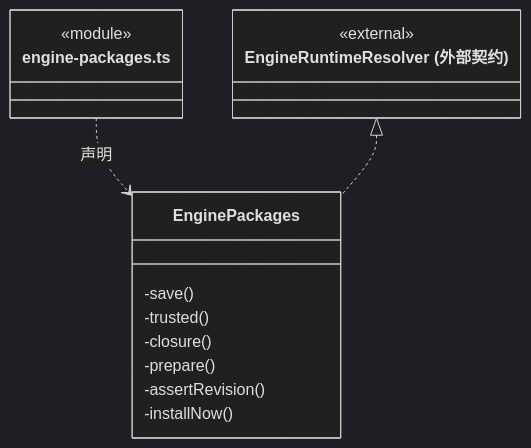
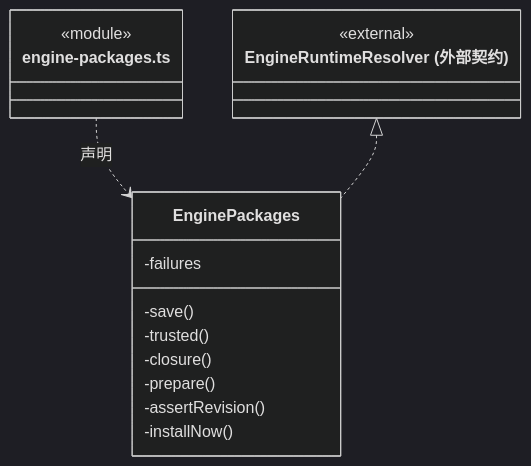
The second of 4 diagrams in src/logic/engines/packages/ARCHITECTURE.md (nan023062/cbim), drawn with Mermaid (dark theme) before and after one commit. The commit also changed other lines of this file and 139 other files, not shown here.

Commit message:
docs(architecture): add source reading paths and complete file inventories

````diff
--- a/src/logic/engines/packages/ARCHITECTURE.md
+++ b/src/logic/engines/packages/ARCHITECTURE.md
@@ -59,19 +63,20 @@
 ```mermaid
 classDiagram
 class N_src_logic_engines_packages_engine_packages_ts["engine-packages.ts"] {
   <<module>>
 }
 class N_src_logic_engines_packages_engine_packages_ts_EnginePackages["EnginePackages"] {
+  -failures
   -save()
   -trusted()
   -closure()
   -prepare()
   -assertRevision()
   -installNow()
 }
 N_src_logic_engines_packages_engine_packages_ts ..> N_src_logic_engines_packages_engine_packages_ts_EnginePackages : 声明
 class N_src_logic_engines_packages_engine_packages_ts_external_EngineRuntimeResolver["EngineRuntimeResolver (外部契约)"] {
   <<external>>
 }
 N_src_logic_engines_packages_engine_packages_ts_external_EngineRuntimeResolver <|.. N_src_logic_engines_packages_engine_packages_ts_EnginePackages
 ```
````
